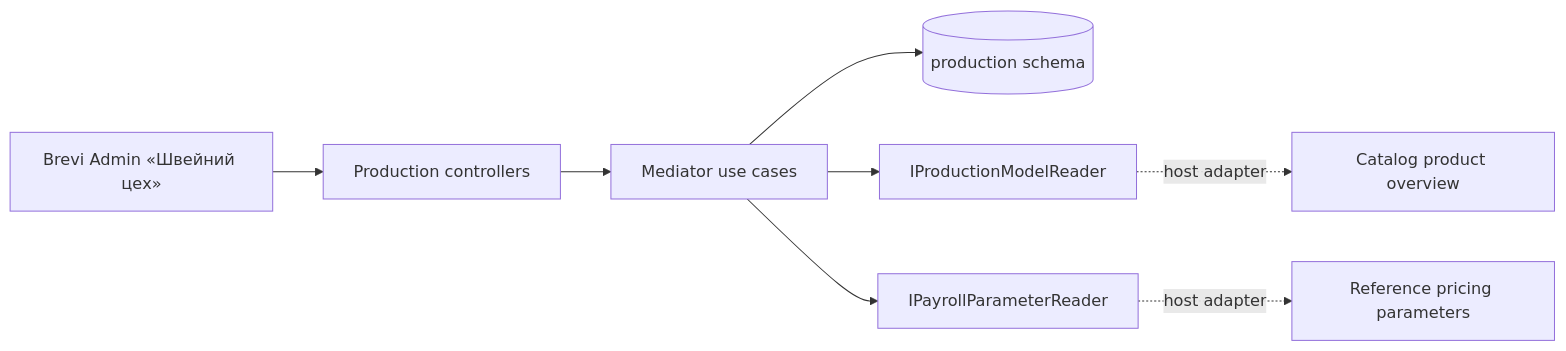
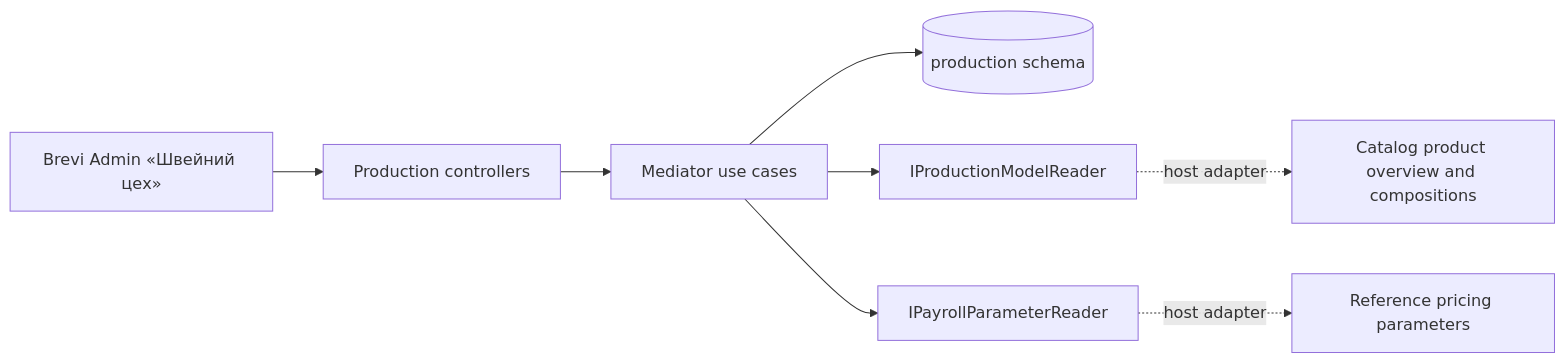
Before and after one commit to Weretik/BreviERP: the diagram in docs/sdd/features/production/workshop-references.md, drawn with Mermaid. The commit also changed other lines of this file and 30 other files, not shown here.

````diff
--- a/docs/sdd/features/production/workshop-references.md
+++ b/docs/sdd/features/production/workshop-references.md
@@ -33,10 +32,10 @@
 ```mermaid
 flowchart LR
   Admin[Brevi Admin «Швейний цех»] --> Controllers[Production controllers]
   Controllers --> UseCases[Mediator use cases]
   UseCases --> Db[(production schema)]
   UseCases --> Models[IProductionModelReader]
   UseCases --> Payroll[IPayrollParameterReader]
-  Models -.host adapter.-> Catalog[Catalog product overview]
+  Models -.host adapter.-> Catalog[Catalog product overview and compositions]
   Payroll -.host adapter.-> Reference[Reference pricing parameters]
 ```
````
